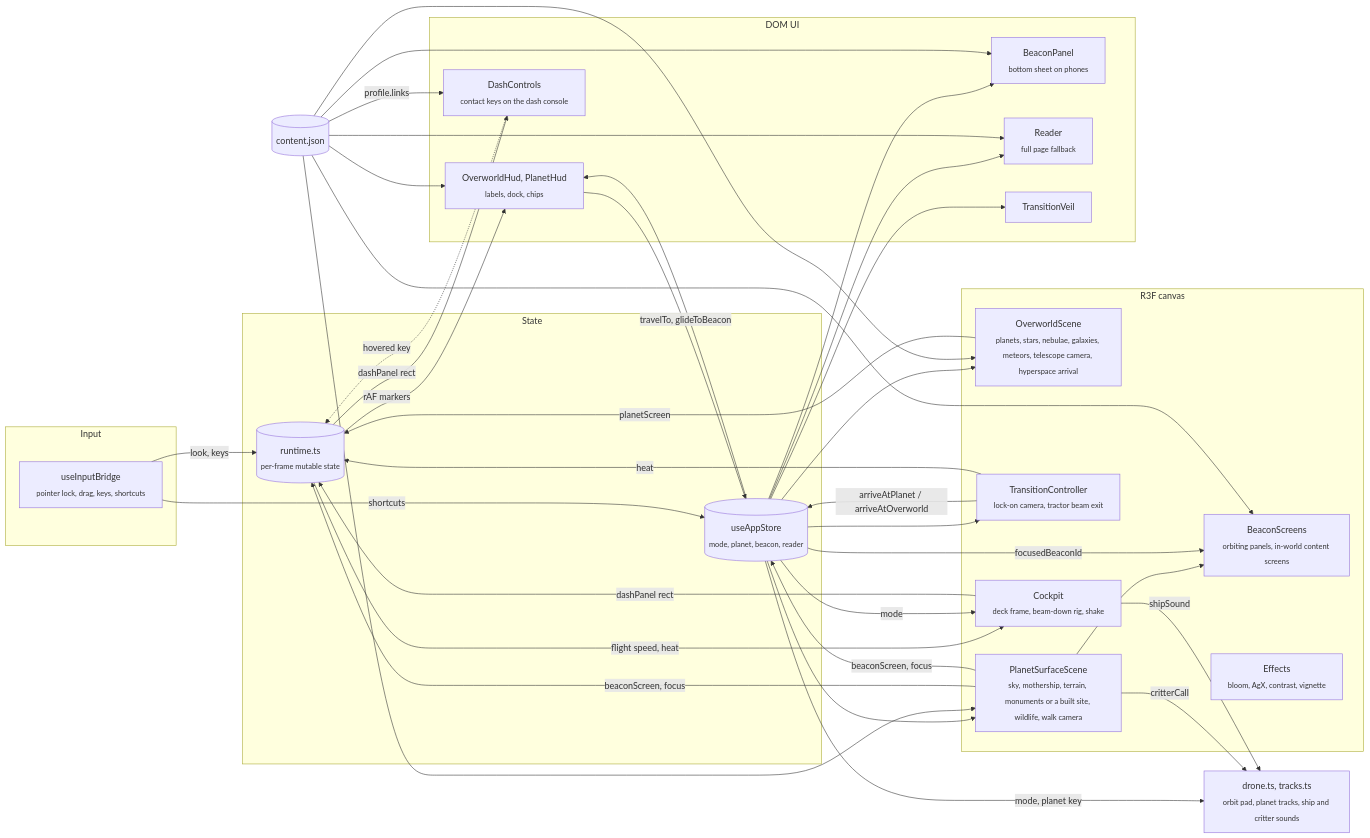
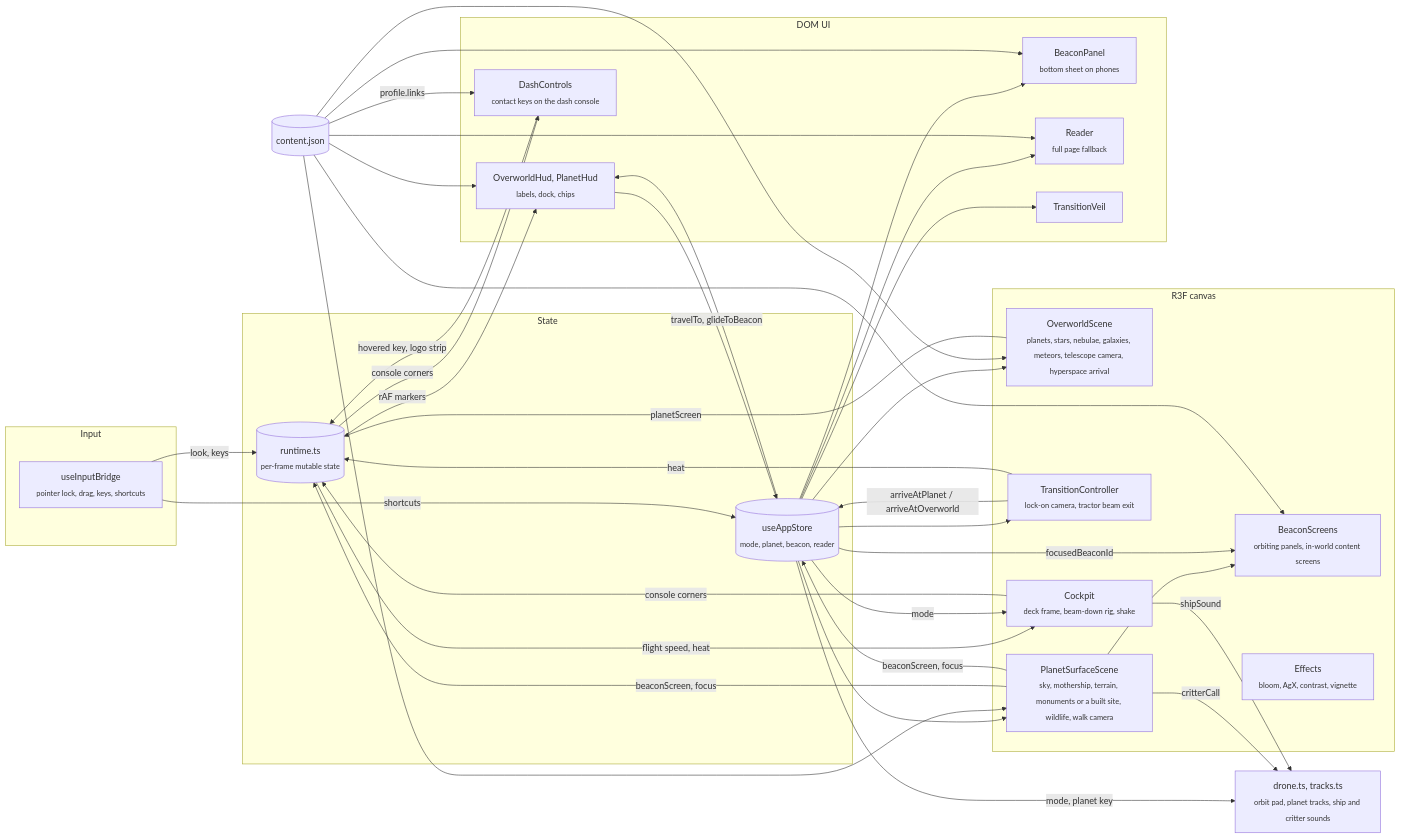
Before and after one commit to teddycitrus/portfolio: the first of 2 diagrams in README.md, drawn with Mermaid. The commit also changed other lines of this file and 9 other files, not shown here.

Commit message:
removed click to drop out and key labels, fixed console logos drifting

````diff
--- a/README.md
+++ b/README.md
@@ -19,49 +19,49 @@
 ```mermaid
 flowchart LR
   subgraph Input
     bridge["useInputBridge<br/><sub>pointer lock, drag, keys, shortcuts</sub>"]
   end
   subgraph State
     store[("useAppStore<br/><sub>mode, planet, beacon, reader</sub>")]
     runtime[("runtime.ts<br/><sub>per-frame mutable state</sub>")]
   end
   subgraph Canvas["R3F canvas"]
     overworld["OverworldScene<br/><sub>planets, stars, nebulae, galaxies, meteors, telescope camera, hyperspace arrival</sub>"]
     surface["PlanetSurfaceScene<br/><sub>sky, mothership, terrain, monuments or a built site, wildlife, walk camera</sub>"]
     screens["BeaconScreens<br/><sub>orbiting panels, in-world content screens</sub>"]
     transition["TransitionController<br/><sub>lock-on camera, tractor beam exit</sub>"]
     ship["Cockpit<br/><sub>deck frame, beam-down rig, shake</sub>"]
     fx["Effects<br/><sub>bloom, AgX, contrast, vignette</sub>"]
   end
   subgraph DOM["DOM UI"]
     hud["OverworldHud, PlanetHud<br/><sub>labels, dock, chips</sub>"]
     contact["DashControls<br/><sub>contact keys on the dash console</sub>"]
     panel["BeaconPanel<br/><sub>bottom sheet on phones</sub>"]
     reader["Reader<br/><sub>full page fallback</sub>"]
     veil["TransitionVeil"]
   end
   content[("content.json")]
   drone["drone.ts, tracks.ts<br/><sub>orbit pad, planet tracks, ship and critter sounds</sub>"]
 
   bridge -->|"look, keys"| runtime
   bridge -->|"shortcuts"| store
   store --> overworld & surface & transition & hud & panel & reader & veil
   overworld -->|"planetScreen"| runtime
   surface -->|"beaconScreen, focus"| runtime & store
   runtime -->|"rAF markers"| hud
   surface --> screens
   surface -->|"critterCall"| drone
   store -->|"focusedBeaconId"| screens
   store -->|"mode, planet key"| drone
   content --> overworld & surface & hud & panel & reader & screens
   hud -->|"travelTo, glideToBeacon"| store
   transition -->|"arriveAtPlanet / arriveAtOverworld"| store
   transition -->|"heat"| runtime
   runtime -->|"flight speed, heat"| ship
   store -->|"mode"| ship
   ship -->|"shipSound"| drone
-  ship -->|"dashPanel rect"| runtime
-  runtime -->|"dashPanel rect"| contact
-  contact -.->|"hovered key"| runtime
+  ship -->|"console corners"| runtime
+  runtime -->|"console corners"| contact
+  contact -->|"hovered key, logo strip"| runtime
   content -->|"profile.links"| contact
 ```
````
